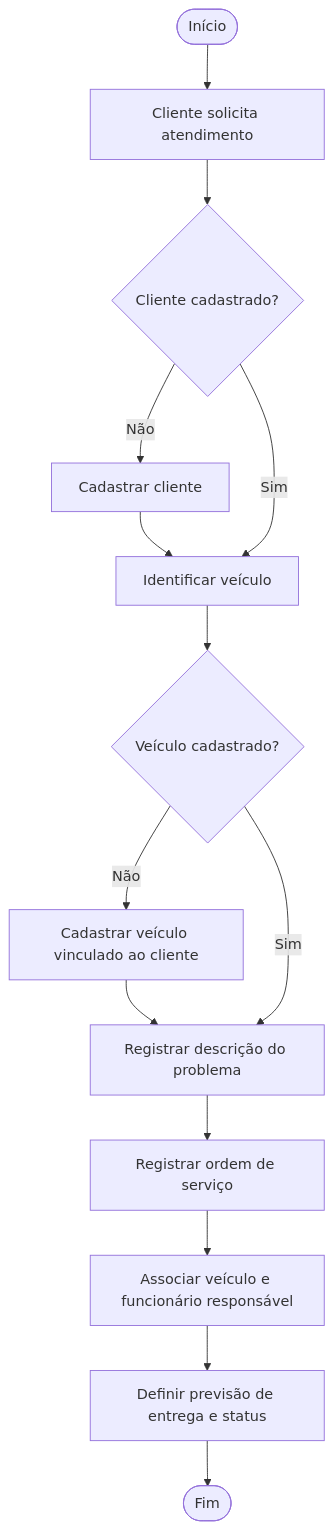
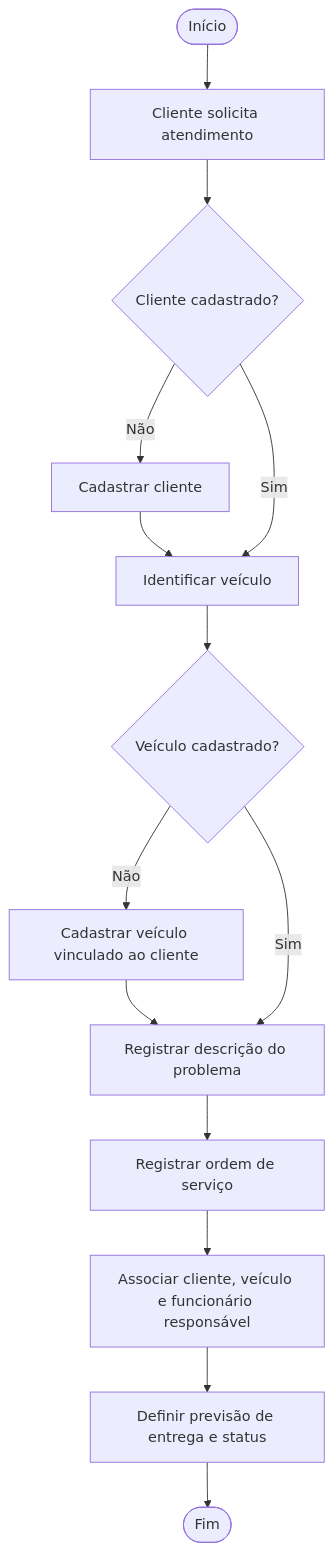
Before and after one commit to Lipe0921/Banco-de-dados: the first of 4 diagrams in README.md, drawn with Mermaid. The commit also changed other lines of this file, not shown here.

````diff
--- a/README.md
+++ b/README.md
@@ -181,16 +189,16 @@
 ```mermaid
 flowchart TD
     A([Início]) --> B[Cliente solicita atendimento]
     B --> C{Cliente cadastrado?}
     C -- Não --> D[Cadastrar cliente]
     D --> E
     C -- Sim --> E[Identificar veículo]
     E --> F{Veículo cadastrado?}
     F -- Não --> G[Cadastrar veículo vinculado ao cliente]
     G --> H
     F -- Sim --> H[Registrar descrição do problema]
     H --> I[Registrar ordem de serviço]
-    I --> J[Associar veículo e funcionário responsável]
+    I --> J[Associar cliente, veículo e funcionário responsável]
     J --> K[Definir previsão de entrega e status]
     K --> L([Fim])
 ```
````
